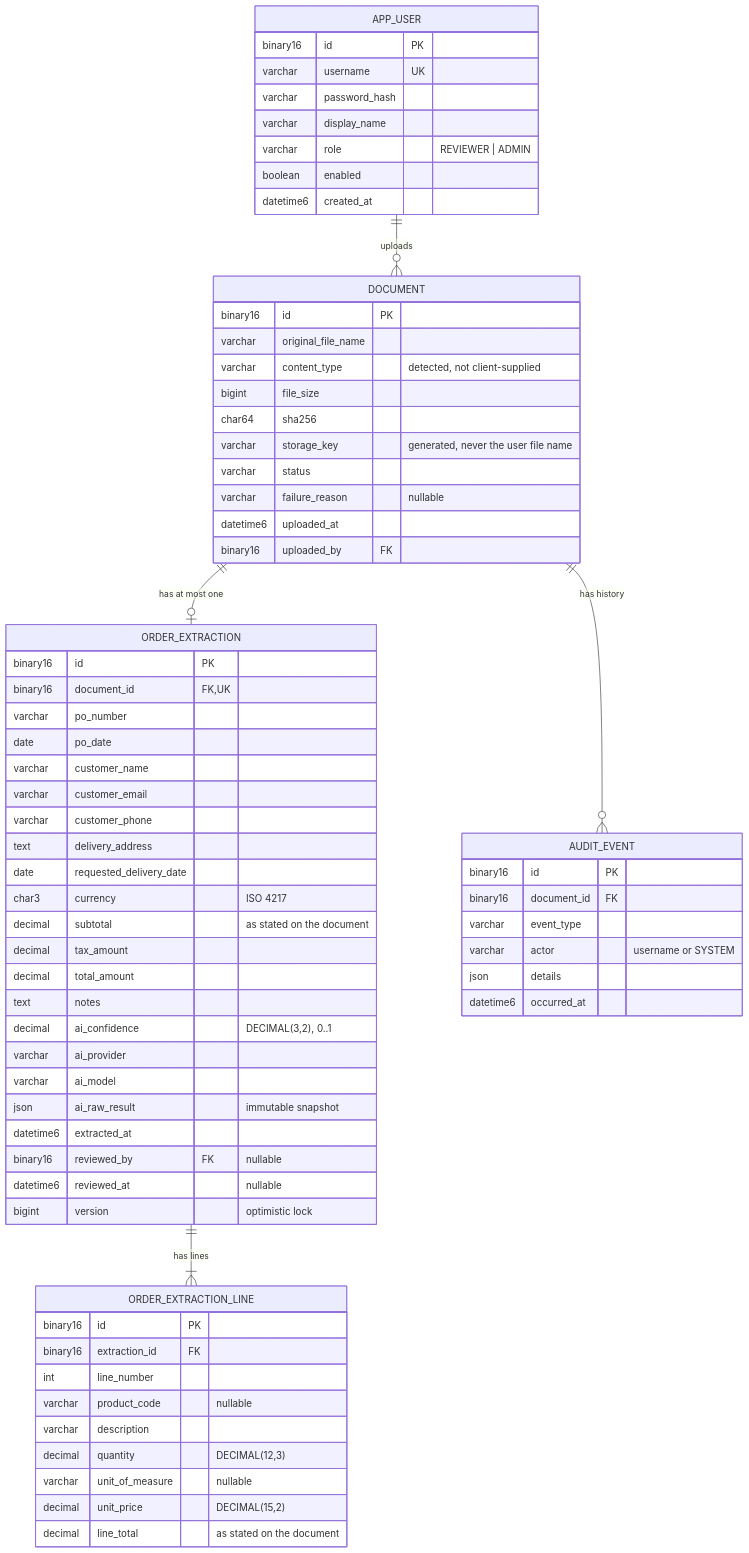
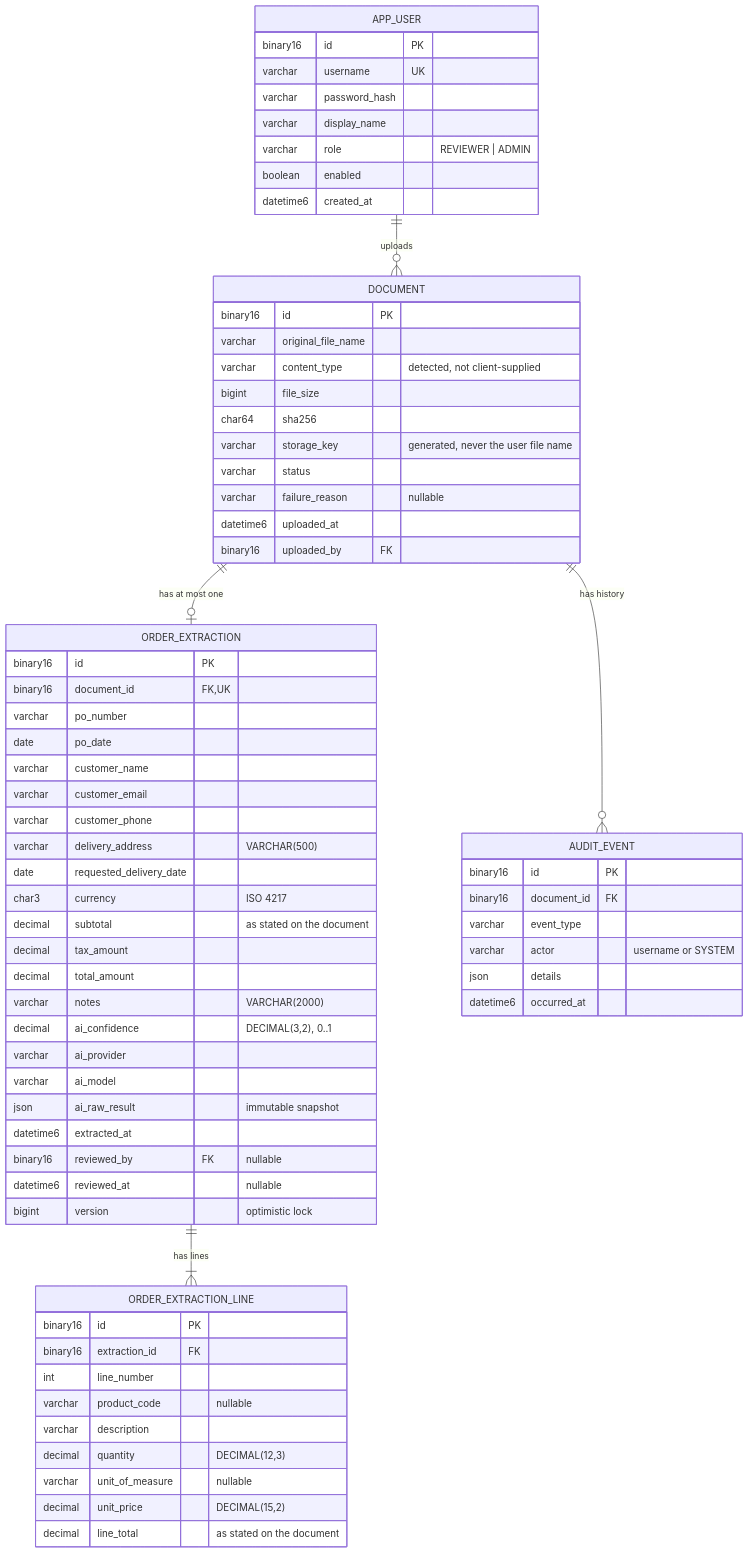
One commit to NgaseBupe/enterpriseflow-ai-demo changed the fourth of 4 diagrams in docs/design-proposal.md. Above: the diagram before and after it, drawn with Mermaid. The commit also changed 30 other files, not shown here.

First line of the commit message:
feat(persistence): add MySQL schema, entities and repositories

````diff
--- a/docs/design-proposal.md
+++ b/docs/design-proposal.md
@@ -241,72 +241,72 @@
 ```mermaid
 erDiagram
     APP_USER ||--o{ DOCUMENT : uploads
     DOCUMENT ||--o| ORDER_EXTRACTION : "has at most one"
     ORDER_EXTRACTION ||--|{ ORDER_EXTRACTION_LINE : "has lines"
     DOCUMENT ||--o{ AUDIT_EVENT : "has history"
 
     APP_USER {
         binary16 id PK
         varchar username UK
         varchar password_hash
         varchar display_name
         varchar role "REVIEWER | ADMIN"
         boolean enabled
         datetime6 created_at
     }
     DOCUMENT {
         binary16 id PK
         varchar original_file_name
         varchar content_type "detected, not client-supplied"
         bigint file_size
         char64 sha256
         varchar storage_key "generated, never the user file name"
         varchar status
         varchar failure_reason "nullable"
         datetime6 uploaded_at
         binary16 uploaded_by FK
     }
     ORDER_EXTRACTION {
         binary16 id PK
         binary16 document_id FK,UK
         varchar po_number
         date po_date
         varchar customer_name
         varchar customer_email
         varchar customer_phone
-        text delivery_address
+        varchar delivery_address "VARCHAR(500)"
         date requested_delivery_date
         char3 currency "ISO 4217"
         decimal subtotal "as stated on the document"
         decimal tax_amount
         decimal total_amount
-        text notes
+        varchar notes "VARCHAR(2000)"
         decimal ai_confidence "DECIMAL(3,2), 0..1"
         varchar ai_provider
         varchar ai_model
         json ai_raw_result "immutable snapshot"
         datetime6 extracted_at
         binary16 reviewed_by FK "nullable"
         datetime6 reviewed_at "nullable"
         bigint version "optimistic lock"
     }
     ORDER_EXTRACTION_LINE {
         binary16 id PK
         binary16 extraction_id FK
         int line_number
         varchar product_code "nullable"
         varchar description
         decimal quantity "DECIMAL(12,3)"
         varchar unit_of_measure "nullable"
         decimal unit_price "DECIMAL(15,2)"
         decimal line_total "as stated on the document"
     }
     AUDIT_EVENT {
         binary16 id PK
         binary16 document_id FK
         varchar event_type
         varchar actor "username or SYSTEM"
         json details
         datetime6 occurred_at
     }
 ```
````
